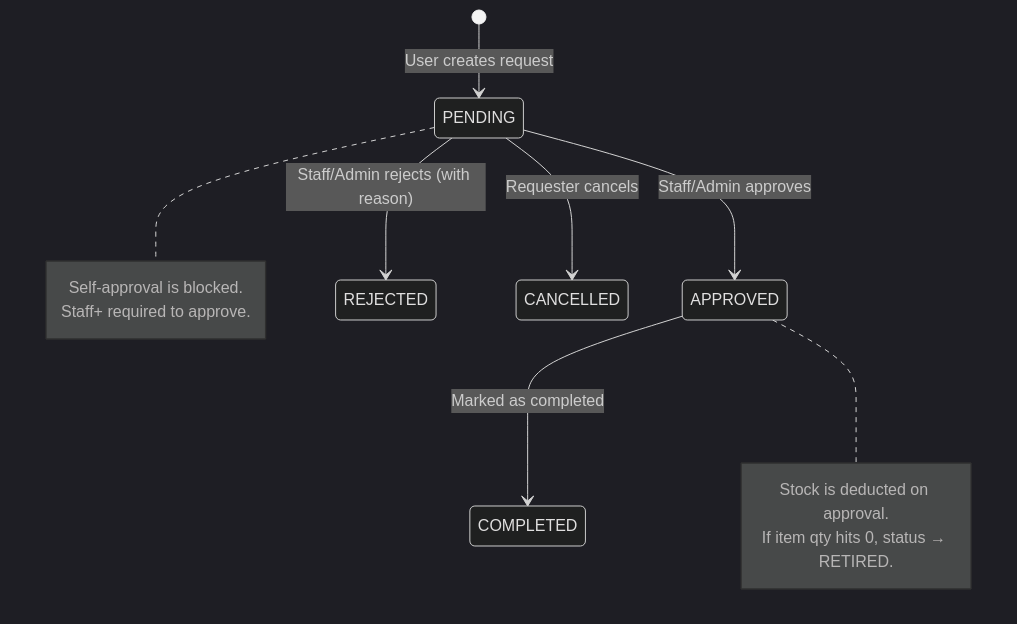
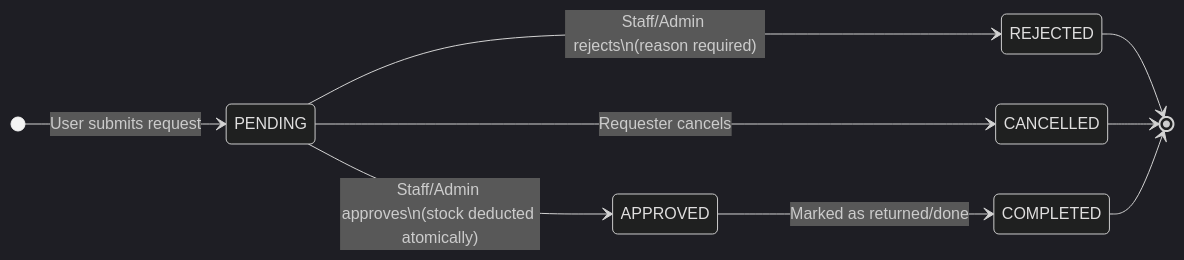
Before and after one commit to RICKTZY22/plmun-nexus-: the fifth of 9 diagrams in system_documentation.md, drawn with Mermaid (dark theme). The commit also changed other lines of this file and 2 other files, not shown here.

First line of the commit message:
docs: overhaul system documentation with full diagrams and tables

````diff
--- a/system_documentation.md
+++ b/system_documentation.md
@@ -216,18 +361,15 @@
 ```mermaid
 stateDiagram-v2
-    [*] --> PENDING : User creates request
-    PENDING --> APPROVED : Staff/Admin approves
-    PENDING --> REJECTED : Staff/Admin rejects (with reason)
+    direction LR
+    [*] --> PENDING : User submits request
+
+    PENDING --> APPROVED : Staff/Admin approves\n(stock deducted atomically)
+    PENDING --> REJECTED : Staff/Admin rejects\n(reason required)
     PENDING --> CANCELLED : Requester cancels
-    APPROVED --> COMPLETED : Marked as completed
 
-    note right of APPROVED
-        Stock is deducted on approval.
-        If item qty hits 0, status → RETIRED.
-    end note
+    APPROVED --> COMPLETED : Marked as returned/done
 
-    note right of PENDING
-        Self-approval is blocked.
-        Staff+ required to approve.
-    end note
+    REJECTED --> [*]
+    CANCELLED --> [*]
+    COMPLETED --> [*]
 ```
````
